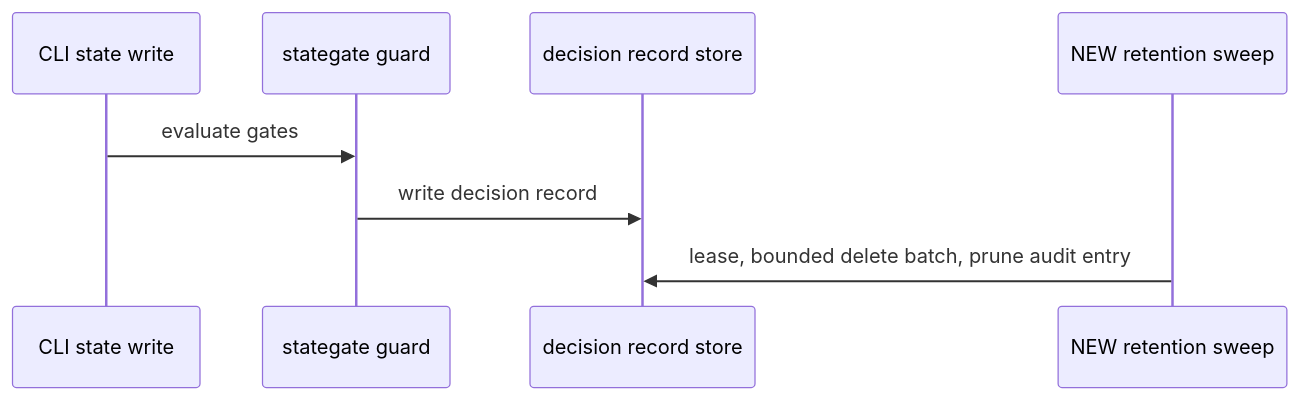
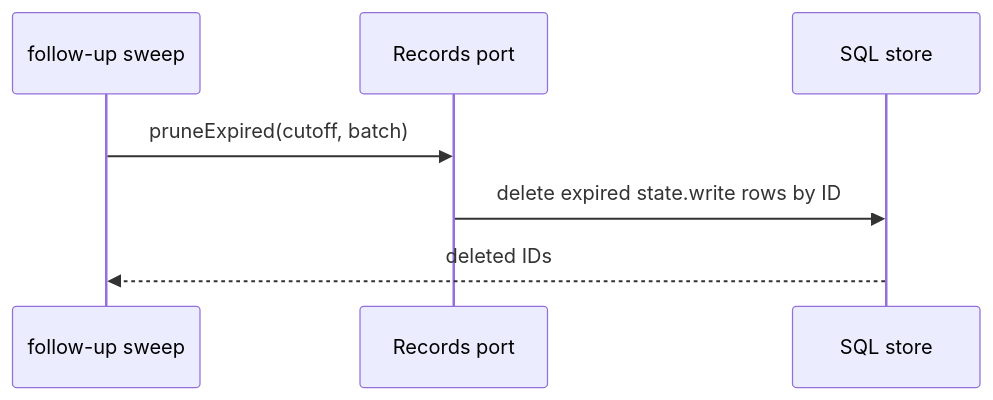
The first of 4 diagrams in openspec/changes/retention-volume-state-write-decision/design.md (OpenDustpan/OpenDustpan), drawn with Mermaid before and after one commit. The commit also changed other lines of this file and 35 other files, not shown here.

First line of the commit message:
openspec: apply eight M5 findings and add retention-sweep-schedule-lease

````diff
--- a/openspec/changes/retention-volume-state-write-decision/design.md
+++ b/openspec/changes/retention-volume-state-write-decision/design.md
@@ -24,10 +22,9 @@
 ```mermaid
 sequenceDiagram
-participant CLI as CLI state write
-participant Guard as stategate guard
-participant Store as decision record store
-participant Sweep as NEW retention sweep
-CLI->>Guard: evaluate gates
-Guard->>Store: write decision record
-Sweep->>Store: lease, bounded delete batch, prune audit entry
+participant Caller as follow-up sweep
+participant Port as Records port
+participant Store as SQL store
+Caller->>Port: pruneExpired(cutoff, batch)
+Port->>Store: delete expired state.write rows by ID
+Store-->>Caller: deleted IDs
 ```
````
